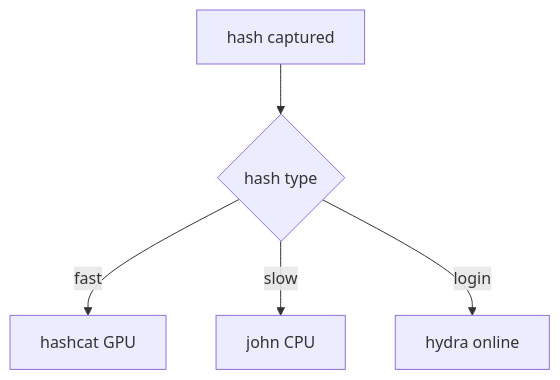
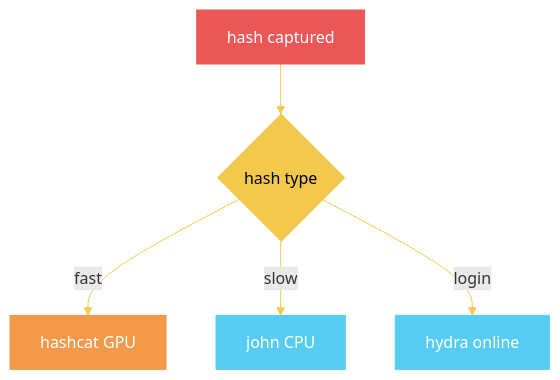
One commit to 444Nazky/My-Vault changed the seventh of 8 diagrams in Graphs/Security-IR-Diagrams.md. Above: the diagram before and after it, drawn with Mermaid. The commit also changed other lines of this file and 15 other files, not shown here.

````diff
--- a/Graphs/Security-IR-Diagrams.md
+++ b/Graphs/Security-IR-Diagrams.md
@@ -83,7 +115,13 @@
 ```mermaid
+%%{init: {'theme': 'default', 'themeVariables': { 'primaryColor': '#F2C94C', 'lineColor': '#F2C94C'}}}%%
 flowchart TD
  HASH["hash captured"] --> TYPEQ{"hash type"}
  TYPEQ -->|"fast"| HASHCAT["hashcat GPU"]
  TYPEQ -->|"slow"| JOHN["john CPU"]
  TYPEQ -->|"login"| HYDRA["hydra online"]
+ style HASH fill:#EB5757,stroke:#EB5757,color:#fff
+ style TYPEQ fill:#F2C94C,stroke:#F2C94C,color:#000
+ style HASHCAT fill:#F2994A,stroke:#F2994A,color:#fff
+ style JOHN fill:#56CCF2,stroke:#56CCF2,color:#fff
+ style HYDRA fill:#56CCF2,stroke:#56CCF2,color:#fff
 ```
````
